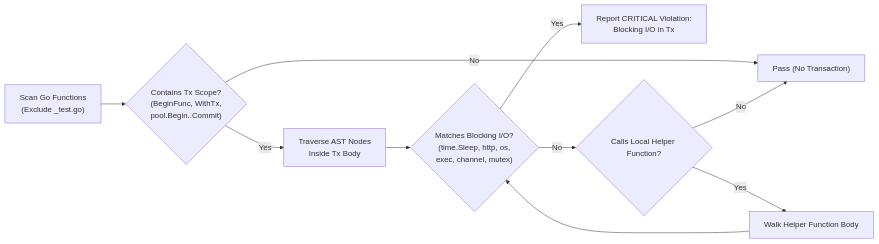
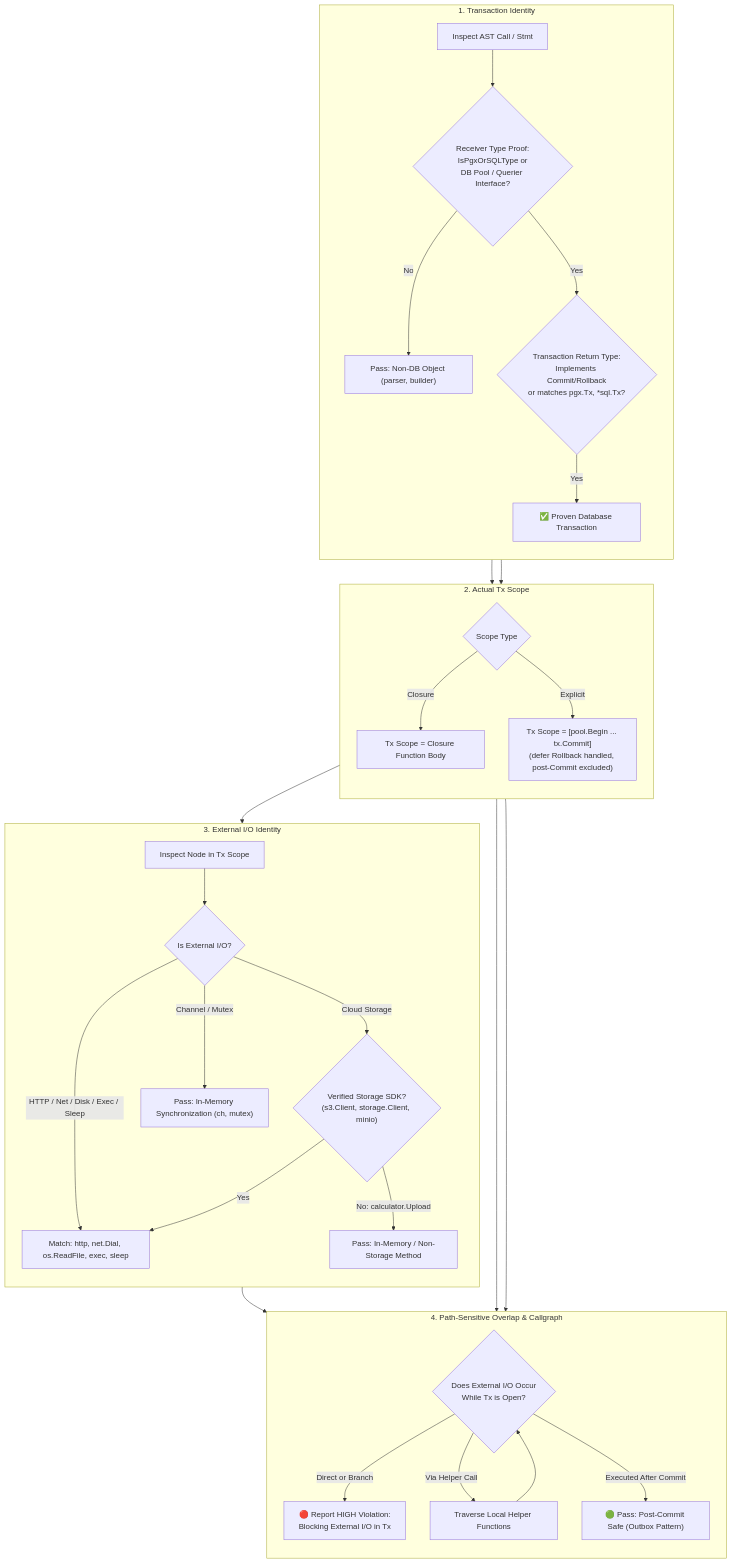
One commit to will2469/argus changed the second of 2 diagrams in wiki/ARGUS-A08.md. Above: the diagram before and after it, drawn with Mermaid. The commit also changed other lines of this file and 10 other files, not shown here.

Commit message:
feat(a08): implement semantic transaction identity, type-safe external io classification, and path-sensitive overlap

````diff
--- a/wiki/ARGUS-A08.md
+++ b/wiki/ARGUS-A08.md
@@ -68,12 +68,39 @@
 ```mermaid
-flowchart LR
-    Scan["Scan Go Functions<br/>(Exclude _test.go)"] --> TxDetect{"Contains Tx Scope?<br/>(BeginFunc, WithTx,<br/>pool.Begin..Commit)"}
-    TxDetect -->|No| Safe["Pass (No Transaction)"]
-    TxDetect -->|Yes| InspectBody["Traverse AST Nodes<br/>Inside Tx Body"]
-    InspectBody --> IORegistry{"Matches Blocking I/O?<br/>(time.Sleep, http, os,<br/>exec, channel, mutex)"}
-    IORegistry -->|Yes| Report["Report CRITICAL Violation:<br/>Blocking I/O in Tx"]
-    IORegistry -->|No| CallGraph{"Calls Local Helper Function?"}
-    CallGraph -->|Yes| HelperWalk["Walk Helper Function Body"]
-    HelperWalk --> IORegistry
-    CallGraph -->|No| Safe
+flowchart TD
+    subgraph S1 ["1. Transaction Identity"]
+        direction TB
+        Call["Inspect AST Call / Stmt"] --> CheckRecv{"Receiver Type Proof:<br/>IsPgxOrSQLType or<br/>DB Pool / Querier Interface?"}
+        CheckRecv -->|No| IgnTx["Pass: Non-DB Object (parser, builder)"]
+        CheckRecv -->|Yes| CheckTxType{"Transaction Return Type:<br/>Implements Commit/Rollback<br/>or matches pgx.Tx, *sql.Tx?"}
+        CheckTxType -->|Yes| TxProven["✅ Proven Database Transaction"]
+    end
+
+    subgraph S2 ["2. Actual Tx Scope"]
+        direction TB
+        TxProven --> Scope{"Scope Type"}
+        Scope -->|Closure| ClosureScope["Tx Scope = Closure Function Body"]
+        Scope -->|Explicit| ExplicitScope["Tx Scope = [pool.Begin ... tx.Commit]<br/>(defer Rollback handled, post-Commit excluded)"]
+    end
+
+    subgraph S3 ["3. External I/O Identity"]
+        direction TB
+        IONode["Inspect Node in Tx Scope"] --> IOType{"Is External I/O?"}
+        IOType -->|HTTP / Net / Disk / Exec / Sleep| ExtIOFound["Match: http, net.Dial, os.ReadFile, exec, sleep"]
+        IOType -->|Cloud Storage| StorageSDK{"Verified Storage SDK?<br/>(s3.Client, storage.Client, minio)"}
+        StorageSDK -->|Yes| ExtIOFound
+        StorageSDK -->|No: calculator.Upload| SafeNonStorage["Pass: In-Memory / Non-Storage Method"]
+        IOType -->|Channel / Mutex| SafeSync["Pass: In-Memory Synchronization (ch, mutex)"]
+    end
+
+    subgraph S4 ["4. Path-Sensitive Overlap & Callgraph"]
+        direction TB
+        ExplicitScope --> OverlapCheck{"Does External I/O Occur<br/>While Tx is Open?"}
+        ClosureScope --> OverlapCheck
+        OverlapCheck -->|Direct or Branch| ReportVuln["🔴 Report HIGH Violation:<br/>Blocking External I/O in Tx"]
+        OverlapCheck -->|Via Helper Call| WalkHelper["Traverse Local Helper Functions"]
+        WalkHelper --> OverlapCheck
+        OverlapCheck -->|Executed After Commit| SafePost["🟢 Pass: Post-Commit Safe (Outbox Pattern)"]
+    end
+
+    S1 --> S2 --> S3 --> S4
 ```
````
